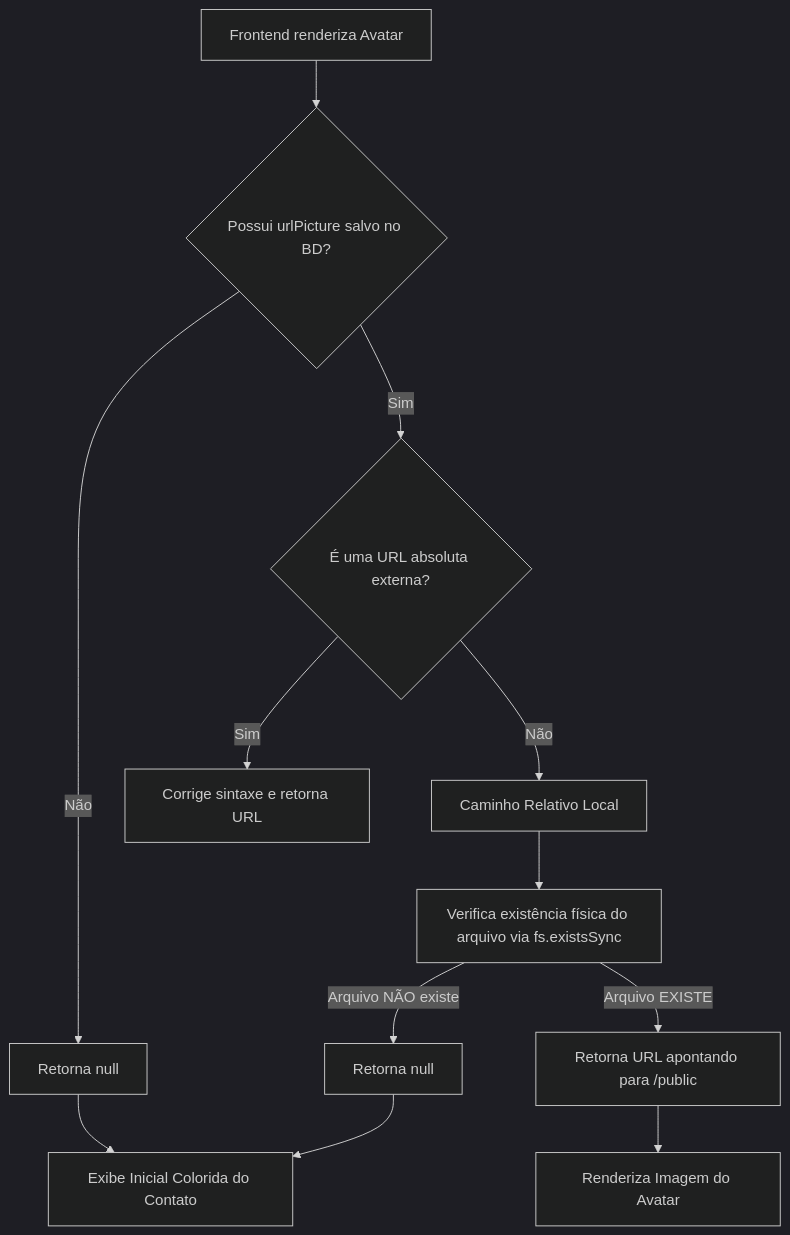
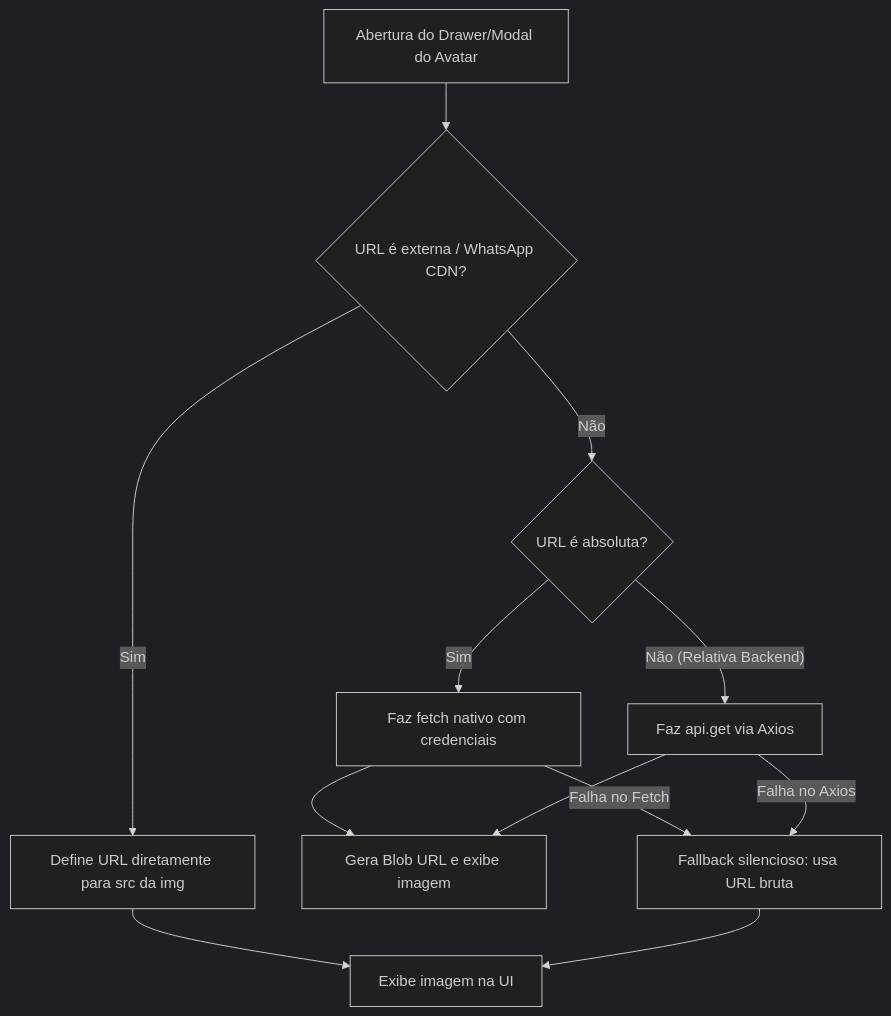
The second of 2 diagrams in markdown/diagnostic-report.md (felipergrosa/9s76hm2), drawn with Mermaid (dark theme) before and after one commit. The commit also changed other lines of this file and 3 other files, not shown here.

Commit message:
feat: add ModalImage component for contact avatars and integrate into ContactDrawer

````diff
--- a/markdown/diagnostic-report.md
+++ b/markdown/diagnostic-report.md
@@ -64,11 +64,10 @@
 ```mermaid
 flowchart TD
-    A[Frontend renderiza Avatar] --> B{Possui urlPicture salvo no BD?}
-    B -- Não --> C[Retorna null] --> D[Exibe Inicial Colorida do Contato]
-    B -- Sim --> E{É uma URL absoluta externa?}
-    E -- Sim --> F[Corrige sintaxe e retorna URL]
-    E -- Não --> G[Caminho Relativo Local]
-    G --> H[Verifica existência física do arquivo via fs.existsSync]
-    H -- Arquivo NÃO existe --> I[Retorna null] --> D
-    H -- Arquivo EXISTE --> J[Retorna URL apontando para /public] --> K[Renderiza Imagem do Avatar]
+    A[Abertura do Drawer/Modal do Avatar] --> B{URL é externa / WhatsApp CDN?}
+    B -- Sim --> C[Define URL diretamente para src da img] --> D[Exibe imagem na UI]
+    B -- Não --> E{URL é absoluta?}
+    E -- Sim --> F[Faz fetch nativo com credenciais] --> H[Gera Blob URL e exibe imagem]
+    E -- Não (Relativa Backend) --> G[Faz api.get via Axios] --> H
+    F -- Falha no Fetch --> I[Fallback silencioso: usa URL bruta] --> D
+    G -- Falha no Axios --> I
 ```
````
